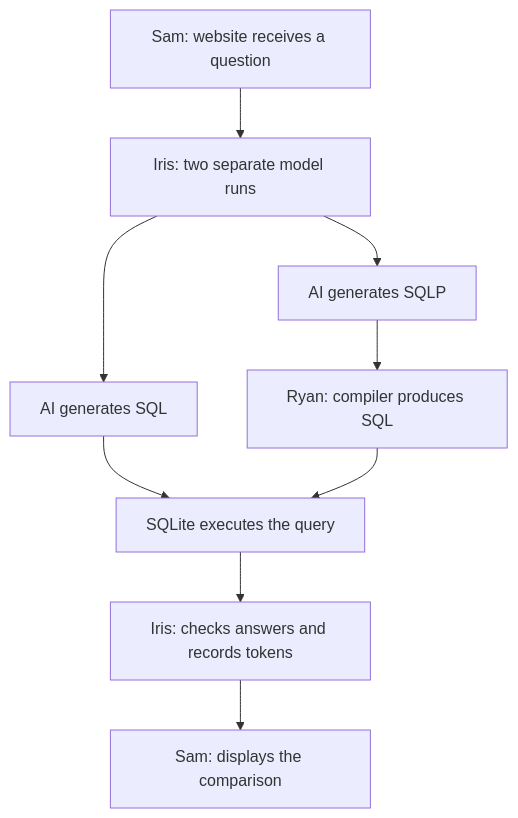
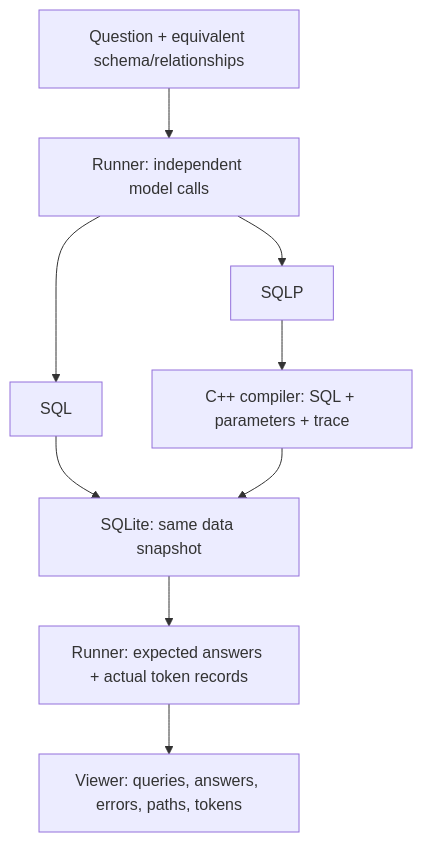
Before and after one commit to somehowe/sqlp-agents: the diagram in docs/IDEA.md, drawn with Mermaid. The commit also changed other lines of this file and 64 other files, not shown here.

````diff
--- a/docs/IDEA.md
+++ b/docs/IDEA.md
@@ -43,11 +43,11 @@
 ```mermaid
 flowchart TD
-    A["Sam: website receives a question"] --> B["Iris: two separate model runs"]
-    B --> C["AI generates SQL"]
-    B --> D["AI generates SQLP"]
-    D --> E["Ryan: compiler produces SQL"]
-    C --> F["SQLite executes the query"]
+    A["Question + equivalent schema/relationships"] --> B["Runner: independent model calls"]
+    B --> C["SQL"]
+    B --> D["SQLP"]
+    D --> E["C++ compiler: SQL + parameters + trace"]
+    C --> F["SQLite: same data snapshot"]
     E --> F
-    F --> G["Iris: checks answers and records tokens"]
-    G --> H["Sam: displays the comparison"]
+    F --> G["Runner: expected answers + actual token records"]
+    G --> H["Viewer: queries, answers, errors, paths, tokens"]
 ```
````
